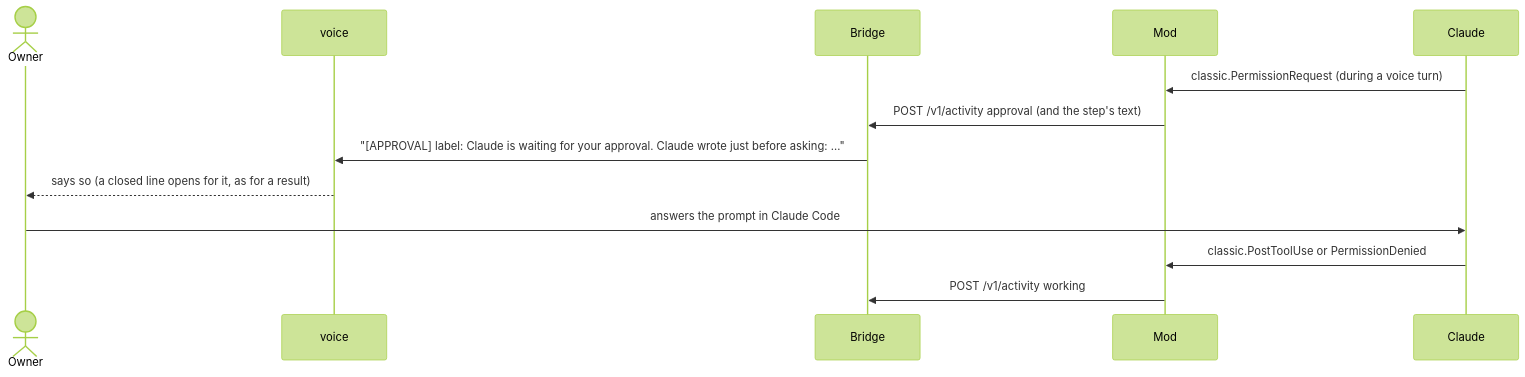
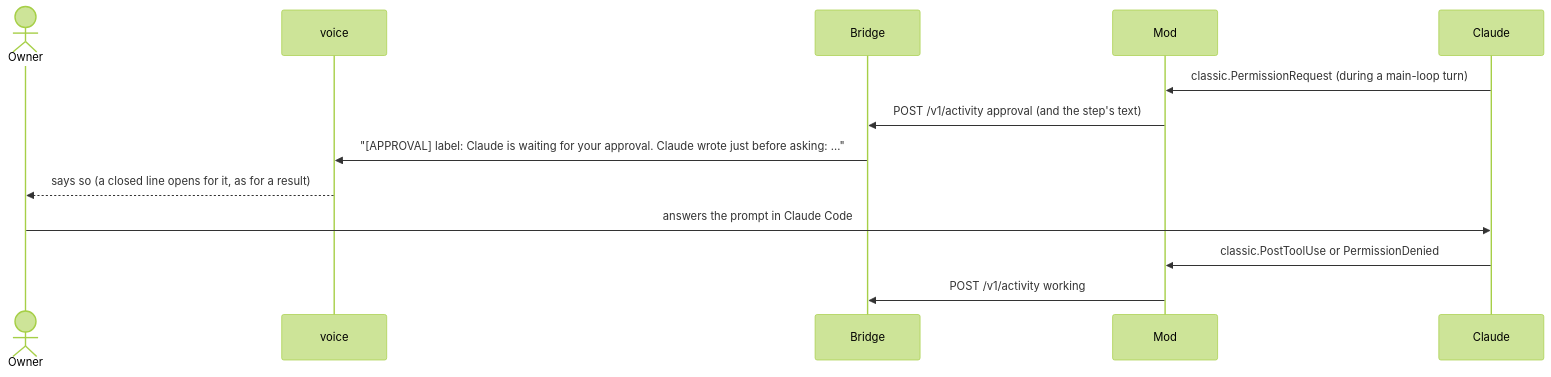
One commit to Nezhinskiy/claude-gpt-live-bridge changed the seventh of 8 diagrams in docs/architecture/overview.md. Above: the diagram before and after it, drawn with Mermaid (forest theme). The commit also changed other lines of this file and 10 other files, not shown here.

````diff
--- a/docs/architecture/overview.md
+++ b/docs/architecture/overview.md
@@ -358,15 +369,15 @@
 ```mermaid
 sequenceDiagram
   actor Owner
   participant Codex as voice
   participant Bridge
   participant Mod
   participant Claude
-  Claude->>Mod: classic.PermissionRequest (during a voice turn)
+  Claude->>Mod: classic.PermissionRequest (during a main-loop turn)
   Mod->>Bridge: POST /v1/activity approval (and the step's text)
   Bridge->>Codex: "[APPROVAL] label: Claude is waiting for your approval. Claude wrote just before asking: …"
   Codex-->>Owner: says so (a closed line opens for it, as for a result)
   Owner->>Claude: answers the prompt in Claude Code
   Claude->>Mod: classic.PostToolUse or PermissionDenied
   Mod->>Bridge: POST /v1/activity working
 ```
````
